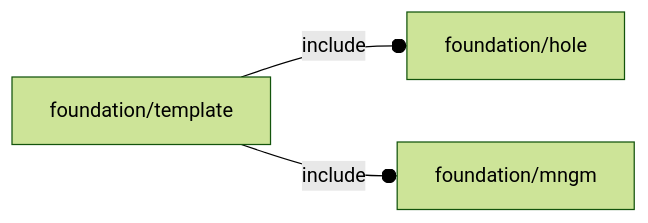
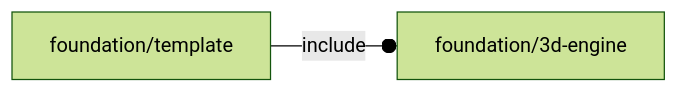
The diagram in orthodocs/foundation/template.md (ggabbiani/OFL), drawn with Mermaid (forest theme) before and after one commit. The commit also changed 74 other files, not shown here.

````diff
--- a/orthodocs/foundation/template.md
+++ b/orthodocs/foundation/template.md
@@ -5,5 +5,4 @@
 ```mermaid
 graph LR
-    A1[foundation/template] --o|include| A2[foundation/hole]
-    A1 --o|include| A3[foundation/mngm]
+    A1[foundation/template] --o|include| A2[foundation/3d-engine]
 ```
````
